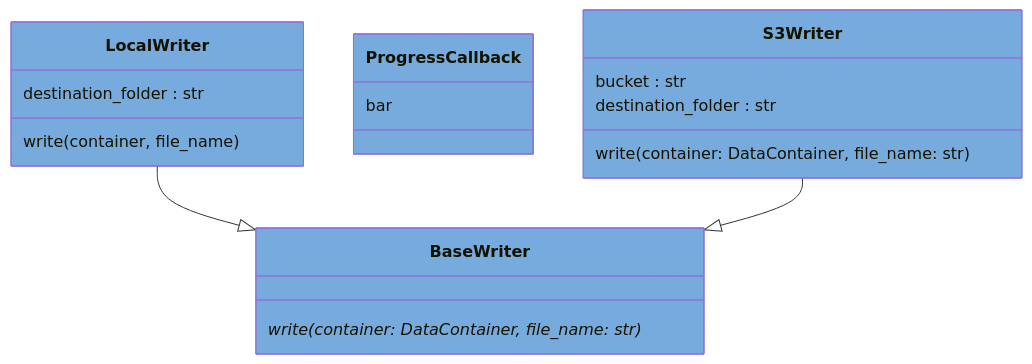
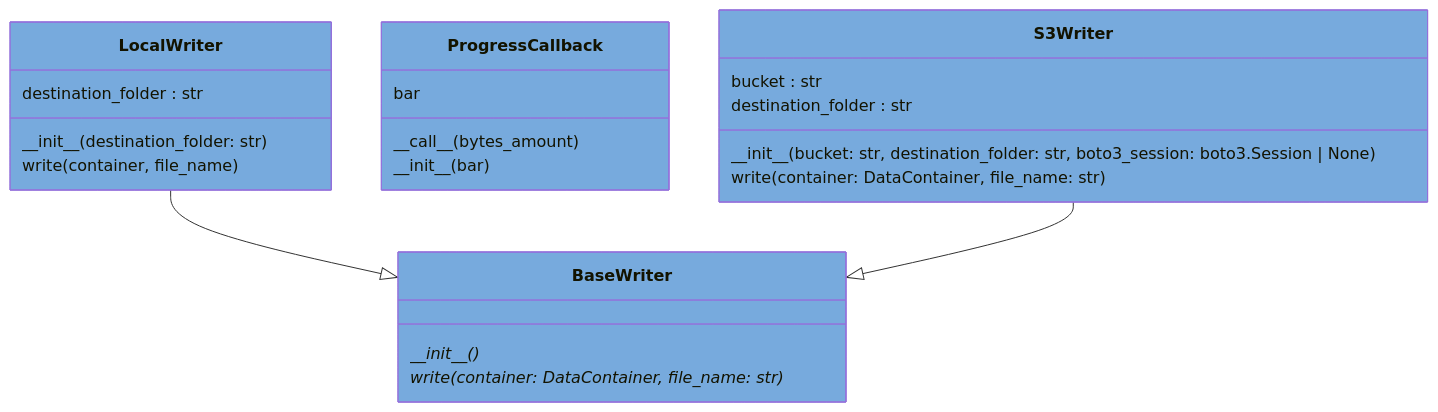
Before and after one commit to voidsy-gmbh/pyThermoNDT: the diagram in docs/pyreverse/mermaid/classes_pythermondt.writers.mmd, drawn with Mermaid. The commit also changed 14 other files, not shown here.

First line of the commit message:
Update diagrams (#139)

```diff
--- a/docs/pyreverse/mermaid/classes_pythermondt.writers.mmd
+++ b/docs/pyreverse/mermaid/classes_pythermondt.writers.mmd
@@ -1,22 +1,27 @@
 classDiagram
   class BaseWriter {
+    \_\_init\_\_()*
     write(container: DataContainer, file_name: str)*
   }
   style BaseWriter fill:#77AADD
   class LocalWriter {
     destination_folder : str
+    \_\_init\_\_(destination_folder: str)
     write(container, file_name)
   }
   style LocalWriter fill:#77AADD
   class ProgressCallback {
     bar
+    \_\_call\_\_(bytes_amount)
+    \_\_init\_\_(bar)
   }
   style ProgressCallback fill:#77AADD
   class S3Writer {
     bucket : str
     destination_folder : str
+    \_\_init\_\_(bucket: str, destination_folder: str, boto3_session: boto3.Session | None)
     write(container: DataContainer, file_name: str)
   }
   style S3Writer fill:#77AADD
   LocalWriter --|> BaseWriter
   S3Writer --|> BaseWriter
```
